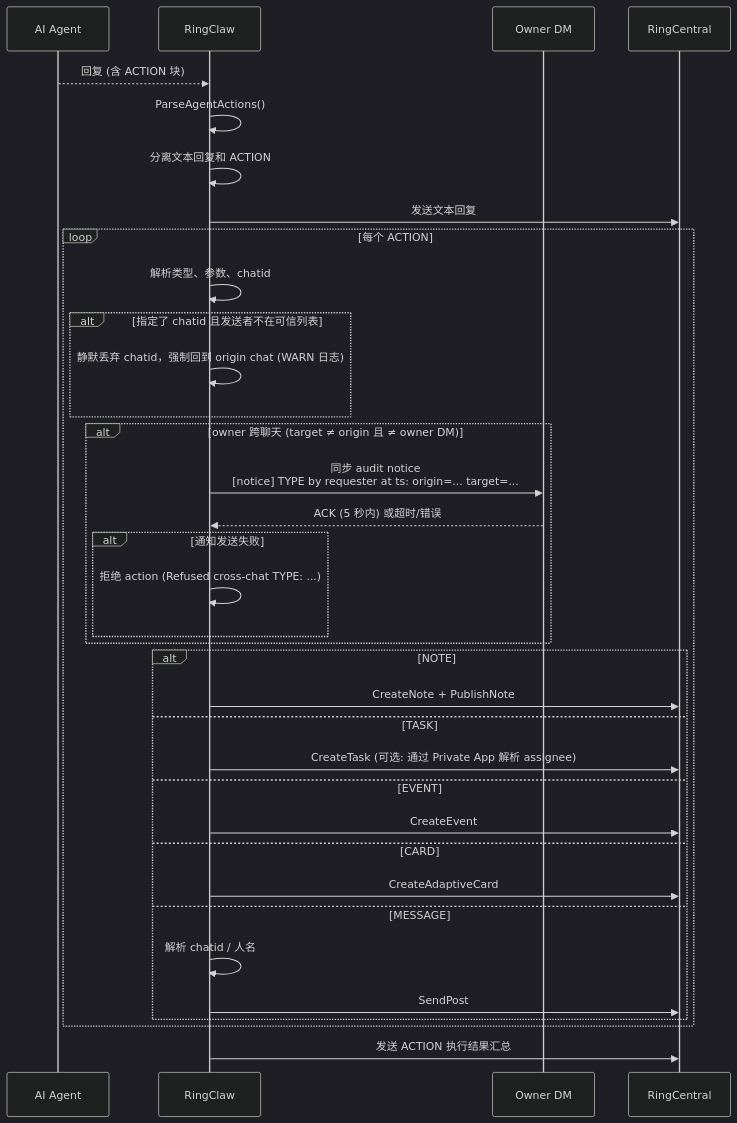
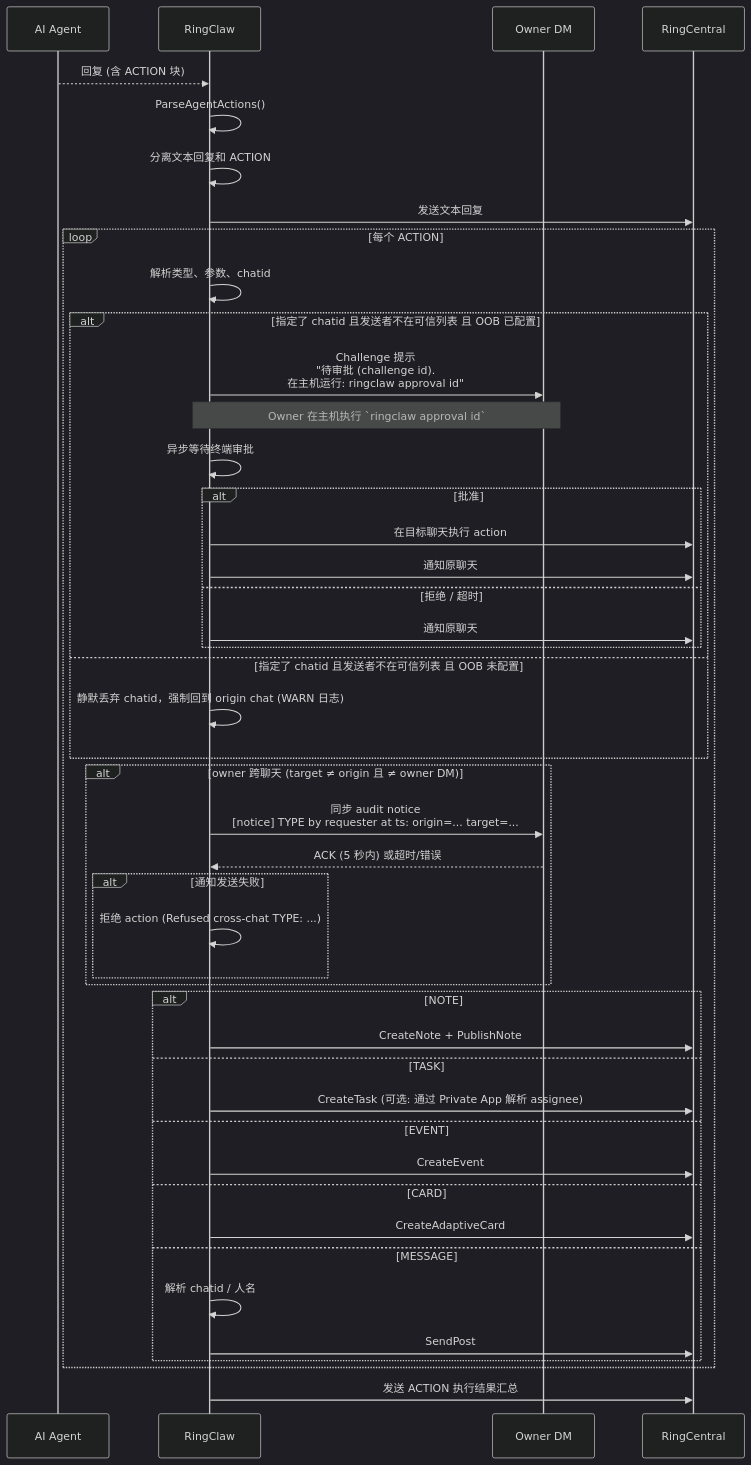
The diagram in docs/zh/features/actions.md (ringclaw/ringclaw), drawn with Mermaid (dark theme) before and after one commit. The commit also changed other lines of this file and 3 other files, not shown here.

Commit message:
docs: update security matrix and actions flow for terminal-only OOB approval

````diff
--- a/docs/zh/features/actions.md
+++ b/docs/zh/features/actions.md
@@ -13,38 +13,48 @@
 ```mermaid
 sequenceDiagram
     participant AI as AI Agent
     participant R as RingClaw
     participant O as Owner DM
     participant RC as RingCentral
 
     AI-->>R: 回复 (含 ACTION 块)
     R->>R: ParseAgentActions()
     R->>R: 分离文本回复和 ACTION
     R->>RC: 发送文本回复
     loop 每个 ACTION
         R->>R: 解析类型、参数、chatid
-        alt 指定了 chatid 且发送者不在可信列表
+        alt 指定了 chatid 且发送者不在可信列表 且 OOB 已配置
+            R->>O: Challenge 提示<br/>"待审批 (challenge id).<br/>在主机运行: ringclaw approval id"
+            Note over O,R: Owner 在主机执行 `ringclaw approval id`
+            R->>R: 异步等待终端审批
+            alt 批准
+                R->>RC: 在目标聊天执行 action
+                R->>RC: 通知原聊天
+            else 拒绝 / 超时
+                R->>RC: 通知原聊天
+            end
+        else 指定了 chatid 且发送者不在可信列表 且 OOB 未配置
             R->>R: 静默丢弃 chatid，强制回到 origin chat (WARN 日志)
         end
         alt owner 跨聊天 (target ≠ origin 且 ≠ owner DM)
             R->>O: 同步 audit notice<br/>[notice] TYPE by requester at ts: origin=... target=...
             O-->>R: ACK (5 秒内) 或超时/错误
             alt 通知发送失败
                 R->>R: 拒绝 action (Refused cross-chat TYPE: ...)
             end
         end
         alt NOTE
             R->>RC: CreateNote + PublishNote
         else TASK
             R->>RC: CreateTask (可选: 通过 Private App 解析 assignee)
         else EVENT
             R->>RC: CreateEvent
         else CARD
             R->>RC: CreateAdaptiveCard
         else MESSAGE
             R->>R: 解析 chatid / 人名
             R->>RC: SendPost
         end
     end
     R->>RC: 发送 ACTION 执行结果汇总
 ```
````
